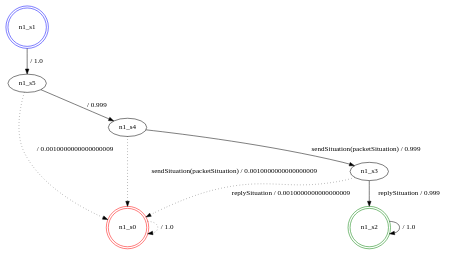
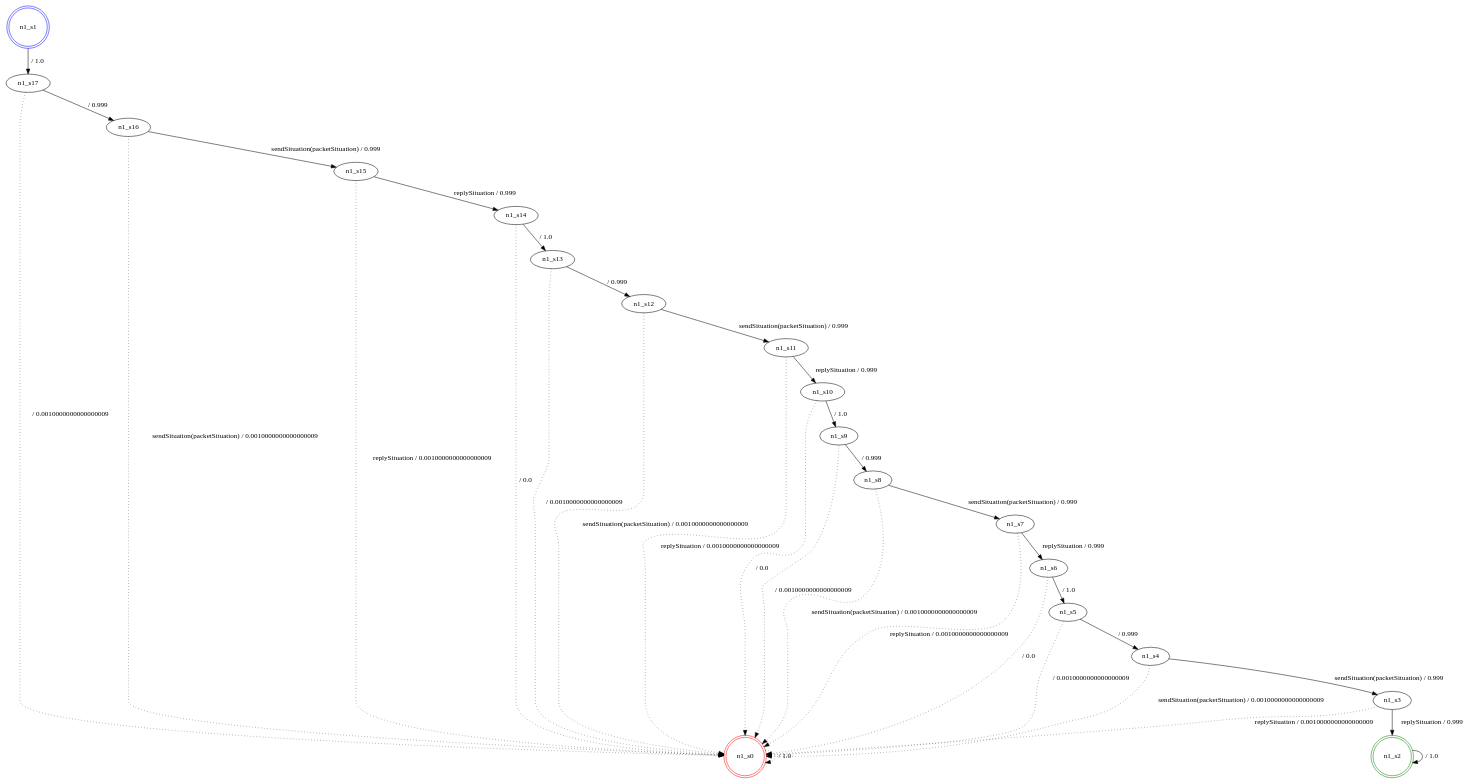
Before and after one commit to SPLMC/spl-generator: the diagram in src/generatedModels/fdtmc_n1.dot, drawn with Graphviz. The commit also changed 44 other files, not shown here.

```diff
--- a/src/generatedModels/fdtmc_n1.dot
+++ b/src/generatedModels/fdtmc_n1.dot
@@ -1,17 +1,53 @@
 digraph graphname {
 n1_s0 [label="n1_s0",color=red,shape=doublecircle ];
 n1_s1 [label="n1_s1",color=blue,shape=doublecircle ];
 n1_s2 [label="n1_s2",color=green,shape=doublecircle ];
 n1_s3 [label="n1_s3" ];
 n1_s4 [label="n1_s4" ];
 n1_s5 [label="n1_s5" ];
+n1_s6 [label="n1_s6" ];
+n1_s7 [label="n1_s7" ];
+n1_s8 [label="n1_s8" ];
+n1_s9 [label="n1_s9" ];
+n1_s10 [label="n1_s10" ];
+n1_s11 [label="n1_s11" ];
+n1_s12 [label="n1_s12" ];
+n1_s13 [label="n1_s13" ];
+n1_s14 [label="n1_s14" ];
+n1_s15 [label="n1_s15" ];
+n1_s16 [label="n1_s16" ];
+n1_s17 [label="n1_s17" ];
 n1_s0 -> n1_s0 [label=" / 1.0", style=dotted];
-n1_s1 -> n1_s5 [label=" / 1.0"];
+n1_s1 -> n1_s17 [label=" / 1.0"];
 n1_s2 -> n1_s2 [label=" / 1.0"];
 n1_s3 -> n1_s2 [label="replySituation / 0.999"];
 n1_s3 -> n1_s0 [label="replySituation / 0.0010000000000000009", style=dotted];
 n1_s4 -> n1_s3 [label="sendSituation(packetSituation) / 0.999"];
 n1_s4 -> n1_s0 [label="sendSituation(packetSituation) / 0.0010000000000000009", style=dotted];
 n1_s5 -> n1_s4 [label=" / 0.999"];
 n1_s5 -> n1_s0 [label=" / 0.0010000000000000009", style=dotted];
+n1_s6 -> n1_s5 [label=" / 1.0"];
+n1_s6 -> n1_s0 [label=" / 0.0", style=dotted];
+n1_s7 -> n1_s6 [label="replySituation / 0.999"];
+n1_s7 -> n1_s0 [label="replySituation / 0.0010000000000000009", style=dotted];
+n1_s8 -> n1_s7 [label="sendSituation(packetSituation) / 0.999"];
+n1_s8 -> n1_s0 [label="sendSituation(packetSituation) / 0.0010000000000000009", style=dotted];
+n1_s9 -> n1_s8 [label=" / 0.999"];
+n1_s9 -> n1_s0 [label=" / 0.0010000000000000009", style=dotted];
+n1_s10 -> n1_s9 [label=" / 1.0"];
+n1_s10 -> n1_s0 [label=" / 0.0", style=dotted];
+n1_s11 -> n1_s10 [label="replySituation / 0.999"];
+n1_s11 -> n1_s0 [label="replySituation / 0.0010000000000000009", style=dotted];
+n1_s12 -> n1_s11 [label="sendSituation(packetSituation) / 0.999"];
+n1_s12 -> n1_s0 [label="sendSituation(packetSituation) / 0.0010000000000000009", style=dotted];
+n1_s13 -> n1_s12 [label=" / 0.999"];
+n1_s13 -> n1_s0 [label=" / 0.0010000000000000009", style=dotted];
+n1_s14 -> n1_s13 [label=" / 1.0"];
+n1_s14 -> n1_s0 [label=" / 0.0", style=dotted];
+n1_s15 -> n1_s14 [label="replySituation / 0.999"];
+n1_s15 -> n1_s0 [label="replySituation / 0.0010000000000000009", style=dotted];
+n1_s16 -> n1_s15 [label="sendSituation(packetSituation) / 0.999"];
+n1_s16 -> n1_s0 [label="sendSituation(packetSituation) / 0.0010000000000000009", style=dotted];
+n1_s17 -> n1_s16 [label=" / 0.999"];
+n1_s17 -> n1_s0 [label=" / 0.0010000000000000009", style=dotted];
 }
```
